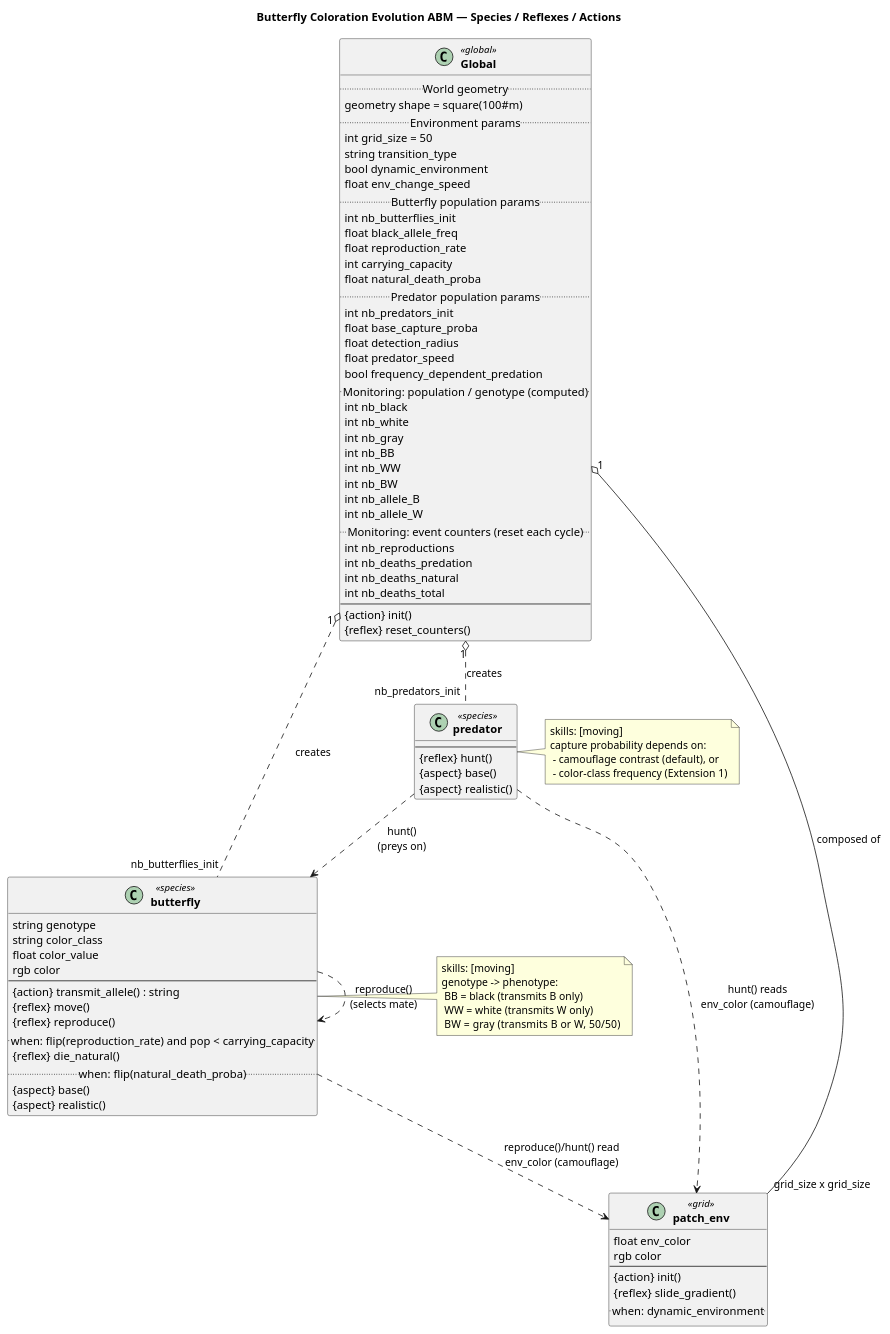
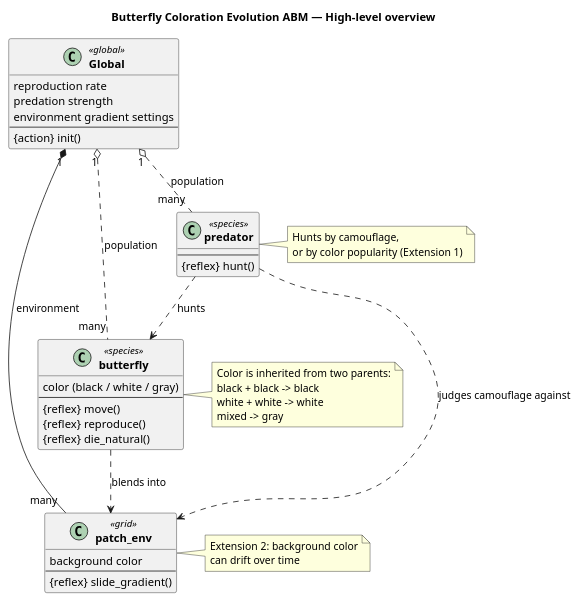
One commit to oudommeng/SSO-GAMA-Butterfly-Coloration-Evolution changed the diagram in diagrams/class_diagram.puml. Above: the diagram before and after it, drawn with PlantUML. The commit also changed 12 other files, not shown here.

First line of the commit message:
feat: add standalone 3D flight model, agent sprite assets, and state diagrams

```diff
--- a/diagrams/class_diagram.puml
+++ b/diagrams/class_diagram.puml
@@ -1,100 +1,56 @@
 @startuml Project01_ClassDiagram
-title Butterfly Coloration Evolution ABM — Species / Reflexes / Actions
+title Butterfly Coloration Evolution ABM — High-level overview
 
 skinparam classAttributeIconSize 0
 skinparam classFontStyle bold
 
 class Global <<global>> {
-  .. World geometry ..
-  geometry shape = square(100#m)
-  .. Environment params ..
-  int grid_size = 50
-  string transition_type
-  bool dynamic_environment
-  float env_change_speed
-  .. Butterfly population params ..
-  int nb_butterflies_init
-  float black_allele_freq
-  float reproduction_rate
-  int carrying_capacity
-  float natural_death_proba
-  .. Predator population params ..
-  int nb_predators_init
-  float base_capture_proba
-  float detection_radius
-  float predator_speed
-  bool frequency_dependent_predation
-  .. Monitoring: population / genotype (computed) ..
-  int nb_black
-  int nb_white
-  int nb_gray
-  int nb_BB
-  int nb_WW
-  int nb_BW
-  int nb_allele_B
-  int nb_allele_W
-  .. Monitoring: event counters (reset each cycle) ..
-  int nb_reproductions
-  int nb_deaths_predation
-  int nb_deaths_natural
-  int nb_deaths_total
+  reproduction rate
+  predation strength
+  environment gradient settings
   --
   {action} init()
-  {reflex} reset_counters()
 }
 
 class patch_env <<grid>> {
-  float env_color
-  rgb color
+  background color
   --
-  {action} init()
   {reflex} slide_gradient()
-  .. when: dynamic_environment ..
 }
+note right of patch_env
+  Extension 2: background color
+  can drift over time
+end note
 
 class butterfly <<species>> {
-  string genotype
-  string color_class
-  float color_value
-  rgb color
+  color (black / white / gray)
   --
-  {action} transmit_allele() : string
   {reflex} move()
   {reflex} reproduce()
-  .. when: flip(reproduction_rate) and pop < carrying_capacity ..
   {reflex} die_natural()
-  .. when: flip(natural_death_proba) ..
-  {aspect} base()
-  {aspect} realistic()
 }
 note right of butterfly
-  skills: [moving]
-  genotype -> phenotype:
-   BB = black (transmits B only)
-   WW = white (transmits W only)
-   BW = gray  (transmits B or W, 50/50)
+  Color is inherited from two parents:
+  black + black -> black
+  white + white -> white
+  mixed -> gray
 end note
 
 class predator <<species>> {
   --
   {reflex} hunt()
-  {aspect} base()
-  {aspect} realistic()
 }
 note right of predator
-  skills: [moving]
-  capture probability depends on:
-   - camouflage contrast (default), or
-   - color-class frequency (Extension 1)
+  Hunts by camouflage,
+  or by color popularity (Extension 1)
 end note
 
-Global "1" o-- "grid_size x grid_size" patch_env : composed of
-Global "1" o.. "nb_butterflies_init" butterfly : creates
-Global "1" o.. "nb_predators_init" predator : creates
+Global "1" *-- "many" patch_env : environment
+Global "1" o.. "many" butterfly : population
+Global "1" o.. "many" predator : population
 
-predator ..> butterfly : hunt()\n(preys on)
-butterfly ..> patch_env : reproduce()/hunt() read\nenv_color (camouflage)
-predator ..> patch_env : hunt() reads\nenv_color (camouflage)
-butterfly ..> butterfly : reproduce()\n(selects mate)
+predator ..> butterfly : hunts
+butterfly ..> patch_env : blends into
+predator ..> patch_env : judges camouflage against
 
 @enduml
```
